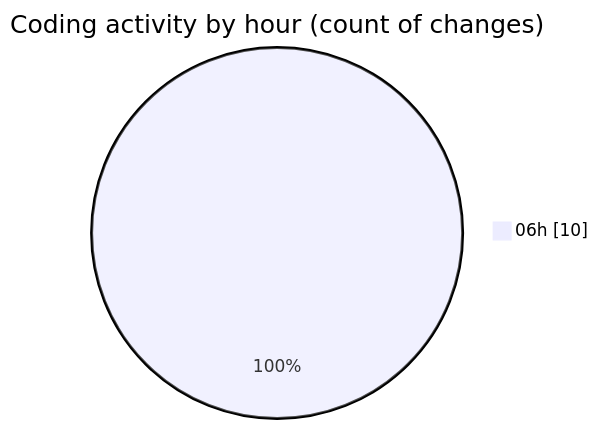
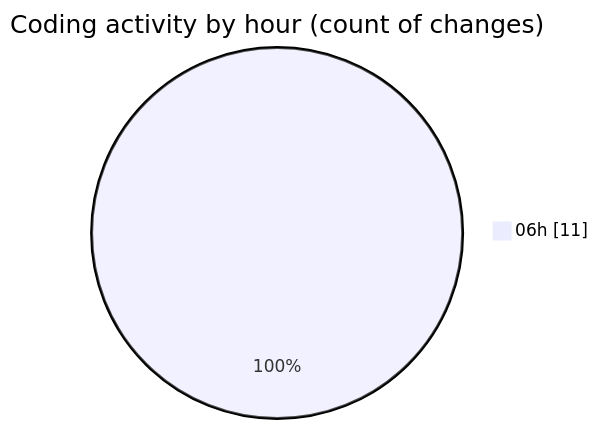
The second of 2 diagrams in 2025-08-04/tw-server/README.md (EIIisD/code-tracking), drawn with Mermaid before and after one commit. The commit also changed other lines of this file and 1 other file, not shown here.

````diff
--- a/2025-08-04/tw-server/README.md
+++ b/2025-08-04/tw-server/README.md
@@ -35,5 +35,5 @@
 ```mermaid
 pie showData
 title Coding activity by hour (count of changes)
-"06h" : 10
+"06h" : 11
 ```
````
